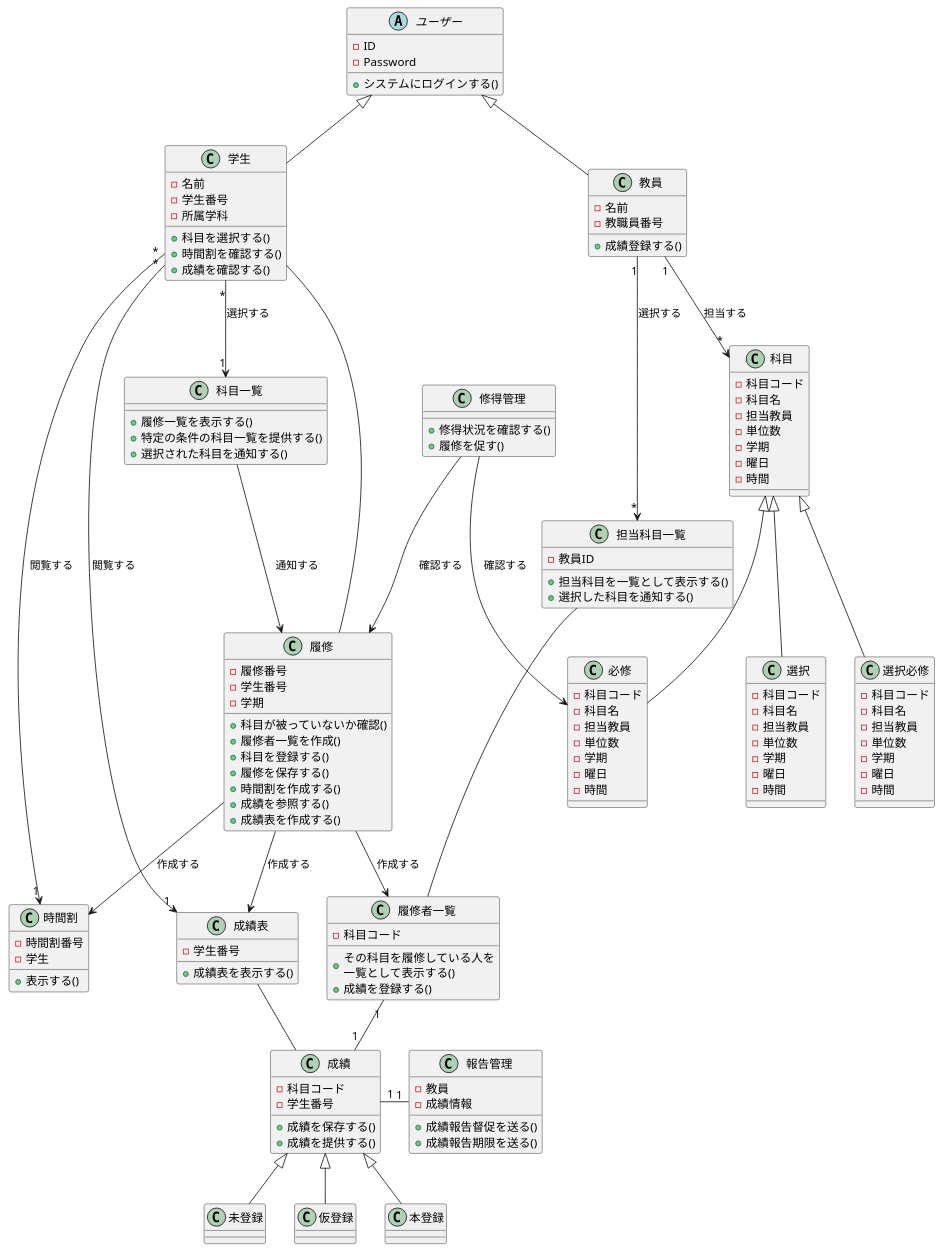
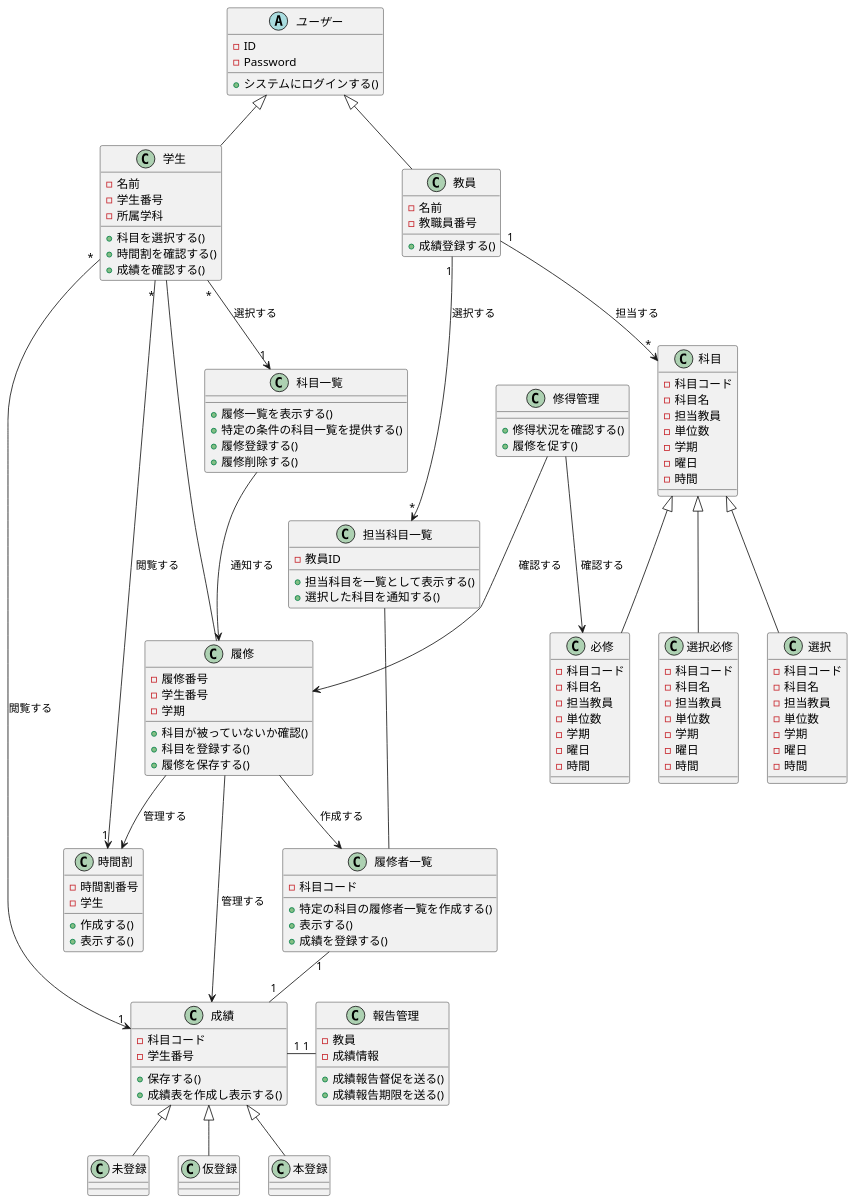
One commit to tanusai646/software-desine changed the diagram in uml/15/class1.puml. Above: the diagram before and after it, drawn with PlantUML. The commit also changed 1 other file, not shown here.

Commit message:
クラス図の修正

```diff
--- a/uml/15/class1.puml
+++ b/uml/15/class1.puml
@@ -1,186 +1,179 @@
 @startuml クラス図1
 '分析段階のクラス図'
 
 
 'クラス'
 abstract ユーザー{
     - ID
     - Password
     + システムにログインする()
 }
 
 '学生クラスは学生の名前や学生番号が属性として保存されている．
 '科目の選択や時間割を確認等の動作を行う
 class 学生{
     - 名前
     - 学生番号
     - 所属学科
     + 科目を選択する()
     + 時間割を確認する()
     + 成績を確認する()
 }
 
+'教員クラスは教員毎にオブジェクトが作成される
 class 教員{
     - 名前
     - 教職員番号
     + 成績登録する()
 }
 
-'履修クラスはある学生がどの科目を履修したかを表すクラスである．学生毎に作成されることを想定している
+'履修クラスはある学生がどの科目を履修しているかを表すクラスである．学生毎に作成されることを想定している
 'このクラスで成績表や時間割が作成されることを想定している．
 '成績クラスを参照し，成績も一緒に保存することを想定する
 class 履修{
     - 履修番号
     - 学生番号
     - 学期
     + 科目が被っていないか確認()
-    + 履修者一覧を作成()
     + 科目を登録する()
     + 履修を保存する()
-    + 時間割を作成する()
-    + 成績を参照する()
-    + 成績表を作成する()
 }
 
 '科目一覧クラスは科目クラスを参照し特定(曜日や時間)で合致する科目を一覧と表示や選択された科目を通知するクラスである．
 class 科目一覧{
     + 履修一覧を表示する()
     + 特定の条件の科目一覧を提供する()
-    + 選択された科目を通知する()
+    + 履修登録する()
+    + 履修削除する()
 }
 
 '担当科目一覧は教員が担当している科目を一覧として表示するために使用するクラスである．
 class 担当科目一覧{
     - 教員ID
     + 担当科目を一覧として表示する()
     + 選択した科目を通知する()
 }
 
 class 履修者一覧{
     - 科目コード
-    + その科目を履修している人を\n一覧として表示する()
+    + 特定の科目の履修者一覧を作成する()
+    + 表示する()
     + 成績を登録する()
 }
 
 '科目クラスには科目コード毎に作成される
 '学期，曜日，時間等の情報が属性として保存されている．
 '所属学科によって科目の分類が異なるので関連クラスとして定義されている
 class 科目{
     - 科目コード
     - 科目名
     - 担当教員
     - 単位数
     - 学期
     - 曜日
     - 時間
 }
 
 class 必修{
     - 科目コード
     - 科目名
     - 担当教員
     - 単位数
     - 学期
     - 曜日
     - 時間
 }
 
 class 選択必修{
     - 科目コード
     - 科目名
     - 担当教員
     - 単位数
     - 学期
     - 曜日
     - 時間  
 }
 
 class 選択{
     - 科目コード
     - 科目名
     - 担当教員
     - 単位数
     - 学期
     - 曜日
     - 時間
 }
 
 class 成績{
     - 科目コード
     - 学生番号
-    + 成績を保存する()
-    + 成績を提供する()
+    + 保存する()
+    + 成績表を作成し表示する()
 }
 
 class 未登録{
 
 }
 
 class 仮登録{
 
 }
 
 class 本登録{
 
 }
 
 '履修クラスから作成され，学生から閲覧されることを想定している
-class 成績表{
-    - 学生番号
-    + 成績表を表示する()
-}
-
-'履修クラスから作成され，学生から閲覧されることを想定している
 class 時間割{
     - 時間割番号
     - 学生
+    + 作成する()
     + 表示する()
 }
 
 '科目のうち必修クラスと履修クラスのステータスを確認し，修得できていなかったら修得を促すクラス
 class 修得管理{
     + 修得状況を確認する()
     + 履修を促す()
 }
 
 class 報告管理{
     - 教員
     - 成績情報
     + 成績報告督促を送る()
     + 成績報告期限を送る()
 }
 
 
 '関係'
 ユーザー <|-down- 学生
 ユーザー <|-down- 教員
 
 教員 "1" --> "*" 科目 : 担当する
 教員 "1" --> "*" 担当科目一覧 : 選択する
 
 学生 "*" --> "1" 時間割 : 閲覧する
 学生 "*" --> "1" 科目一覧 : 選択する
 学生 -- 履修
-学生 "*" --> "1" 成績表 : 閲覧する
+学生 "*" --> "1" 成績 : 閲覧する
 
 成績 "1" -right- "1" 報告管理
-成績 -left- 成績表
 履修者一覧 "1" -- "1" 成績
 担当科目一覧 -- 履修者一覧
 科目一覧 --> 履修 : 通知する
 
-履修 --> 時間割 : 作成する
-履修 --> 成績表 : 作成する
+履修 --> 時間割 : 管理する
+履修 --> 成績 : 管理する
 履修 --> 履修者一覧 : 作成する
 
 修得管理 --> 履修 : 確認する
 修得管理 --> 必修 : 確認する
 
 科目 <|-- 必修
 科目 <|-- 選択必修
 科目 <|-- 選択
 
 成績 <|-- 未登録
 成績 <|-- 仮登録
 成績 <|-- 本登録
 @enduml
```
